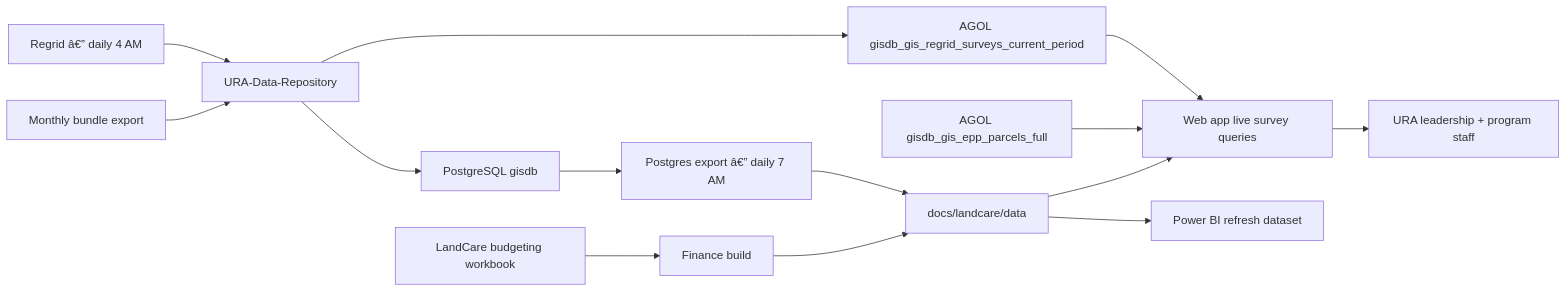
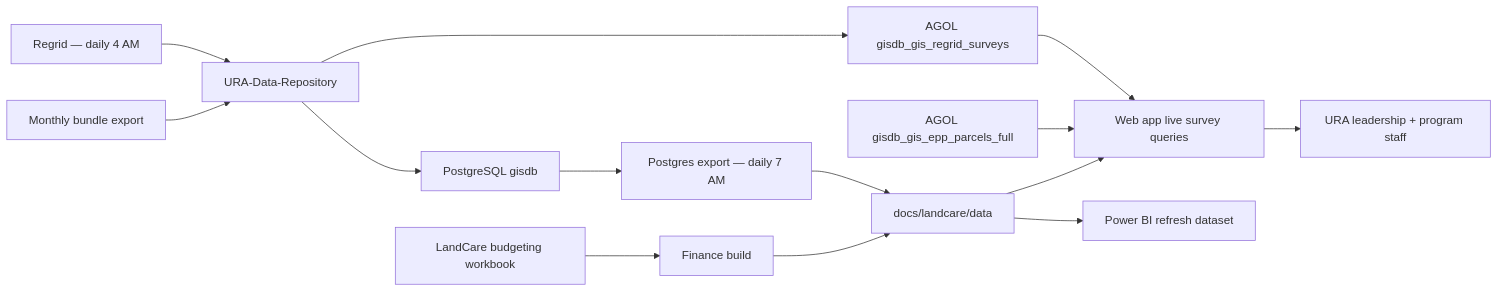
Before and after one commit to rutomo-ura/land-care-assurance: the diagram in docs/landcare-production-data-engineering-plan.md, drawn with Mermaid. The commit also changed other lines of this file and 10 other files, not shown here.

Commit message:
Use all-period AGOL survey layer

````diff
--- a/docs/landcare-production-data-engineering-plan.md
+++ b/docs/landcare-production-data-engineering-plan.md
@@ -22,16 +22,16 @@
 ```mermaid
 flowchart LR
-    Regrid["Regrid â€” daily 4 AM"] --> Upstream["URA-Data-Repository"]
+    Regrid["Regrid — daily 4 AM"] --> Upstream["URA-Data-Repository"]
     Upstream --> PG["PostgreSQL gisdb"]
-    Upstream --> AGOLSurvey["AGOL gisdb_gis_regrid_surveys_current_period"]
+    Upstream --> AGOLSurvey["AGOL gisdb_gis_regrid_surveys"]
     Bundle["Monthly bundle export"] --> Upstream
     BudgetWorkbook["LandCare budgeting workbook"] --> FinanceBuild["Finance build"]
-    PG --> Export["Postgres export â€” daily 7 AM"]
+    PG --> Export["Postgres export — daily 7 AM"]
     Export --> DataFiles["docs/landcare/data"]
     FinanceBuild --> DataFiles
     AGOLSurvey --> WebApp["Web app live survey queries"]
     AGOLEpp["AGOL gisdb_gis_epp_parcels_full"] --> WebApp
     DataFiles --> WebApp
     DataFiles --> PowerBI["Power BI refresh dataset"]
     WebApp --> URAUsers["URA leadership + program staff"]
 ```
````
